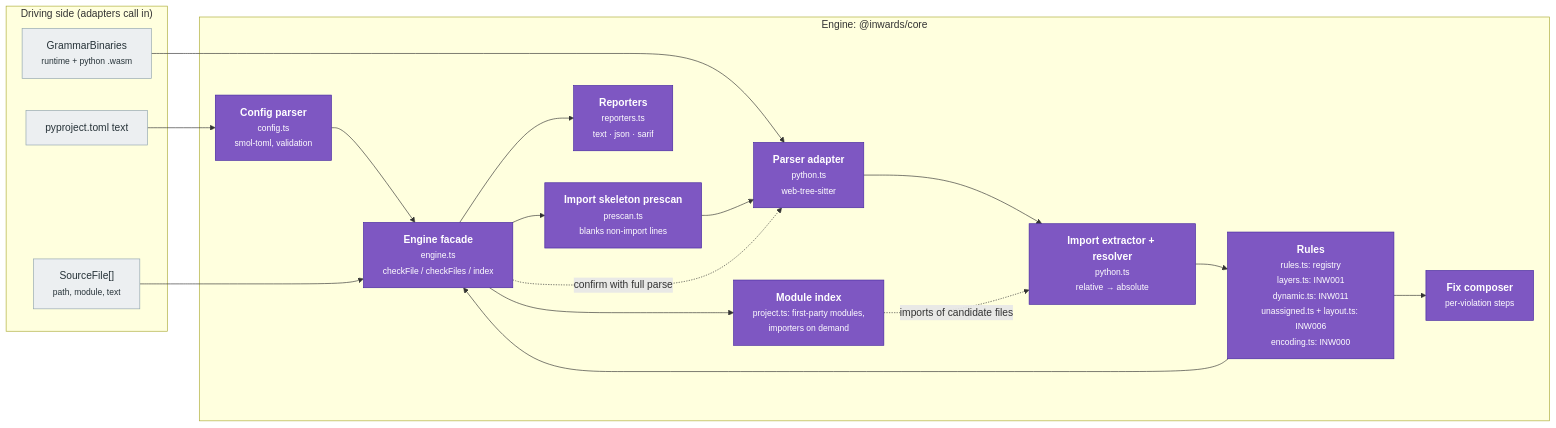
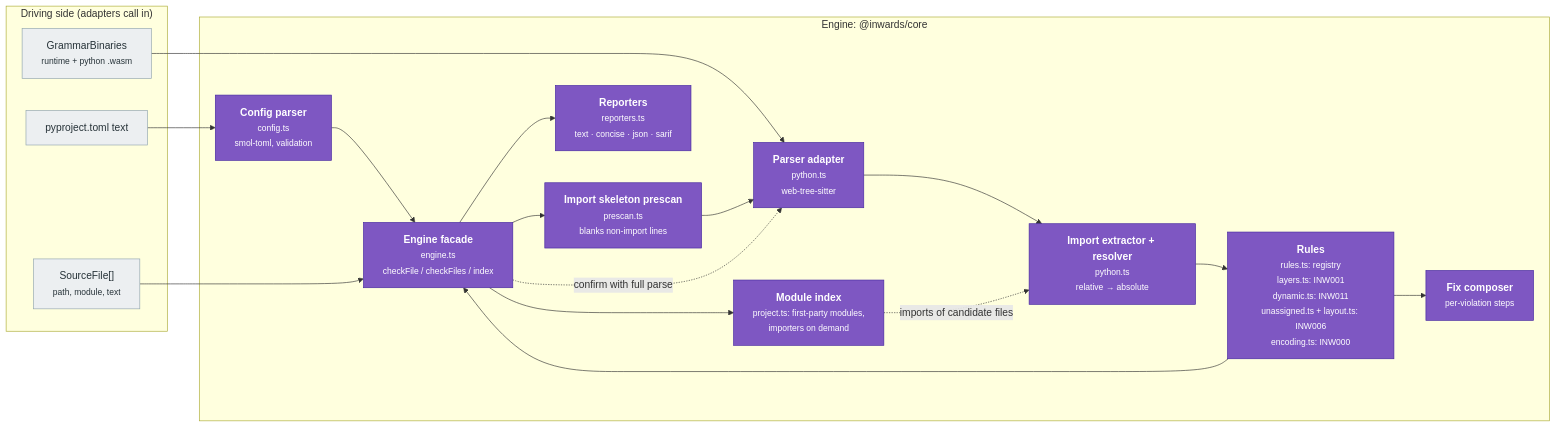
The third of 6 diagrams in docs/chapters/03-Architecture-C4.md (SirCypkowskyy/inwards), drawn with Mermaid before and after one commit. The commit also changed other lines of this file and 6 other files, not shown here.

````diff
--- a/docs/chapters/03-Architecture-C4.md
+++ b/docs/chapters/03-Architecture-C4.md
@@ -112,37 +112,37 @@
 ```mermaid
 flowchart LR
     subgraph driving["Driving side (adapters call in)"]
         files["SourceFile[]<br/><small>path, module, text</small>"]
         cfgtext["pyproject.toml text"]
         wasm["GrammarBinaries<br/><small>runtime + python .wasm</small>"]
     end
 
     subgraph enginebox["Engine: @inwards/core"]
         config["<b>Config parser</b><br/><small>config.ts<br/>smol-toml, validation</small>"]
         pre["<b>Import skeleton prescan</b><br/><small>prescan.ts<br/>blanks non-import lines</small>"]
         parser["<b>Parser adapter</b><br/><small>python.ts<br/>web-tree-sitter</small>"]
         extract["<b>Import extractor + resolver</b><br/><small>python.ts<br/>relative → absolute</small>"]
         rules["<b>Rules</b><br/><small>rules.ts: registry<br/>layers.ts: INW001<br/>dynamic.ts: INW011<br/>unassigned.ts + layout.ts: INW006<br/>encoding.ts: INW000</small>"]
         fix["<b>Fix composer</b><br/><small>per-violation steps</small>"]
-        report["<b>Reporters</b><br/><small>reporters.ts<br/>text · json · sarif</small>"]
+        report["<b>Reporters</b><br/><small>reporters.ts<br/>text · concise · json · sarif</small>"]
         engine["<b>Engine facade</b><br/><small>engine.ts<br/>checkFile / checkFiles / index</small>"]
         modgraph["<b>Module index</b><br/><small>project.ts: first-party modules,<br/>importers on demand</small>"]
     end
 
     cfgtext --> config --> engine
     wasm --> parser
     files --> engine
     engine --> pre --> parser --> extract --> rules
     rules --> fix
     rules --> engine
     engine -. "confirm with full parse" .-> parser
     engine --> modgraph
     modgraph -. "imports of candidate files" .-> extract
     engine --> report
 
     classDef comp fill:#7e57c2,color:#fff,stroke:#4527a0
     classDef planned fill:#ede7f6,color:#4527a0,stroke:#7e57c2,stroke-dasharray:5 5
     classDef port fill:#eceff1,color:#263238,stroke:#90a4ae
     class config,pre,parser,extract,rules,fix,report,engine,modgraph comp
     class files,cfgtext,wasm port
 ```
````
